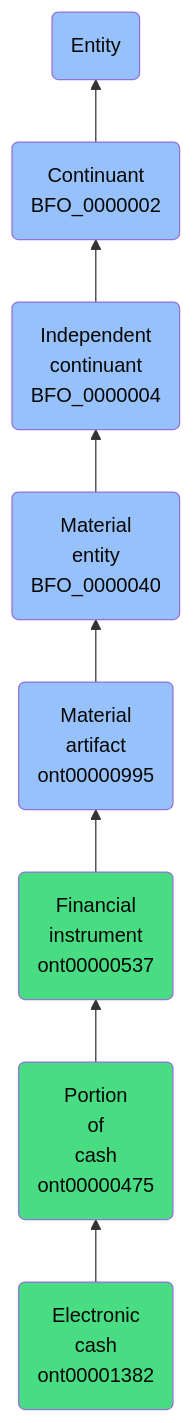
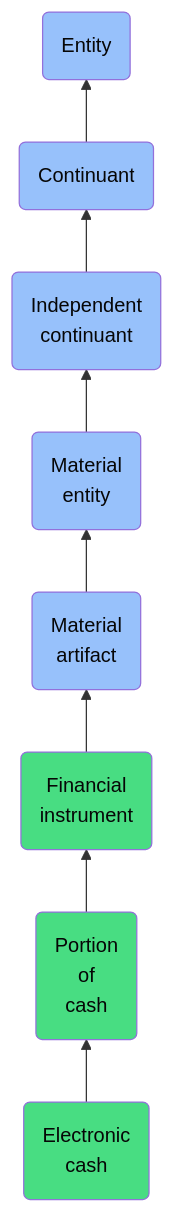
Before and after one commit to jupyter-naas/abi: the diagram in docs/ontology/reference/model/Entity/Continuant/Independent continuant/Material entity/Material artifact/Financial instrument/Portion of cash/Electronic cash/Electronic cash.md, drawn with Mermaid. The commit also changed other lines of this file and 1430 other files, not shown here.

````diff
--- a/docs/ontology/reference/model/Entity/Continuant/Independent continuant/Material entity/Material artifact/Financial instrument/Portion of cash/Electronic cash/Electronic cash.md
+++ b/docs/ontology/reference/model/Entity/Continuant/Independent continuant/Material entity/Material artifact/Financial instrument/Portion of cash/Electronic cash/Electronic cash.md
@@ -24,15 +24,15 @@
 ```mermaid
 graph BT
-    ont00001382(Electronic<br>cash<br>ont00001382):::ABI-->ont00000475
-    ont00000475(Portion<br>of<br>cash<br>ont00000475):::ABI-->ont00000537
-    ont00000537(Financial<br>instrument<br>ont00000537):::ABI-->ont00000995
-    ont00000995(Material<br>artifact<br>ont00000995):::BFO-->BFO_0000040
-    BFO_0000040(Material<br>entity<br>BFO_0000040):::BFO-->BFO_0000004
-    BFO_0000004(Independent<br>continuant<br>BFO_0000004):::BFO-->BFO_0000002
-    BFO_0000002(Continuant<br>BFO_0000002):::BFO-->BFO_0000001
+    ont00001382(Electronic<br>cash):::ABI-->ont00000475
+    ont00000475(Portion<br>of<br>cash):::ABI-->ont00000537
+    ont00000537(Financial<br>instrument):::ABI-->ont00000995
+    ont00000995(Material<br>artifact):::BFO-->BFO_0000040
+    BFO_0000040(Material<br>entity):::BFO-->BFO_0000004
+    BFO_0000004(Independent<br>continuant):::BFO-->BFO_0000002
+    BFO_0000002(Continuant):::BFO-->BFO_0000001
     BFO_0000001(Entity):::BFO
     
     classDef BFO fill:#97c1fb,color:#060606
     classDef CCO fill:#e4c51e,color:#060606
     classDef ABI fill:#48DD82,color:#060606
 ```
````
